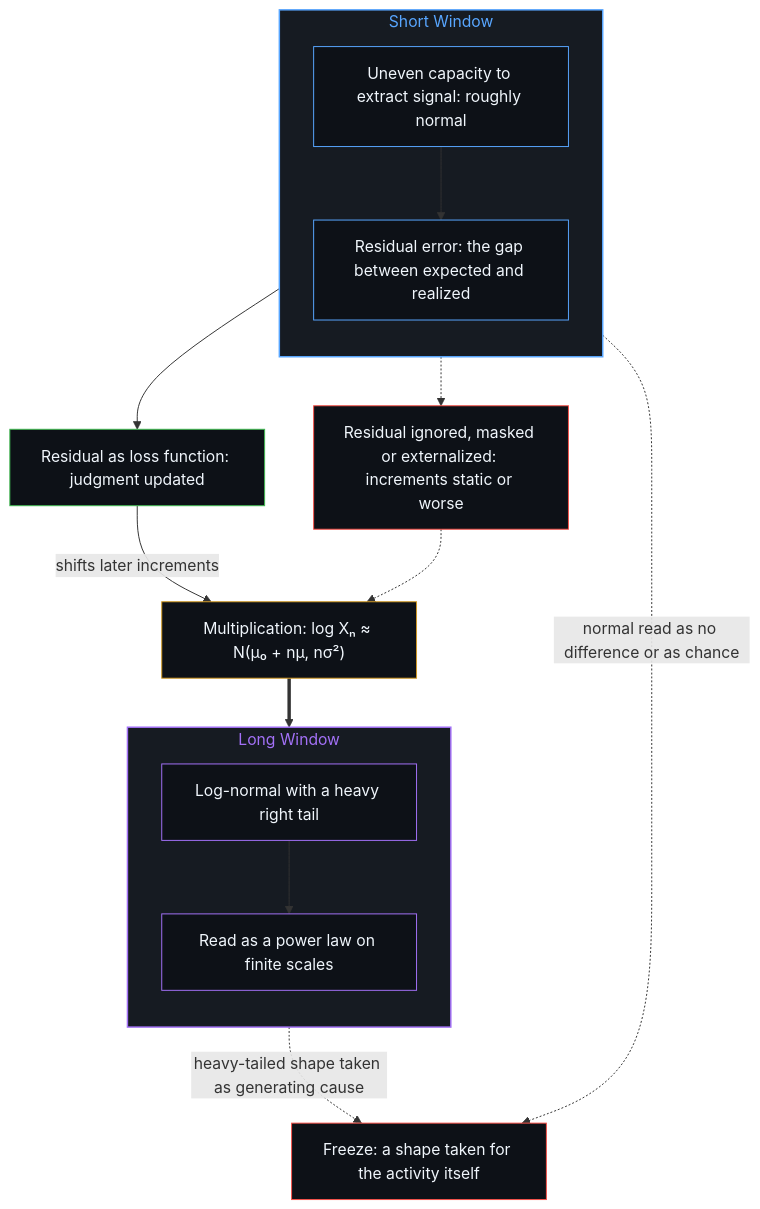
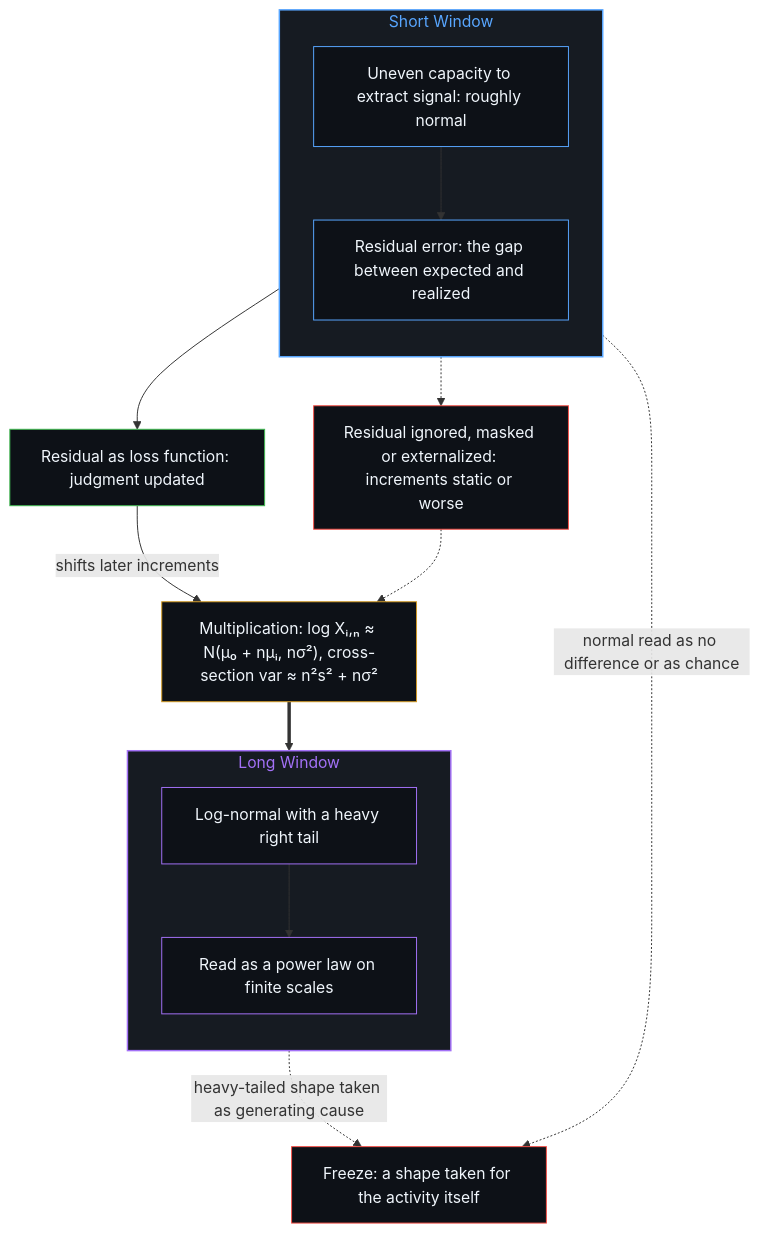
One commit to powerpig99/not-a-toe changed the second of 2 diagrams in content/posts/power-law-is-the-long-term-consequence-of-normal-distribution.md. Above: the diagram before and after it, drawn with Mermaid. The commit also changed other lines of this file and 5 other files, not shown here.

Commit message:
Consolidate Deep Sleep Batch 17: the-myth-of-population-collapse-explained, the-average-is-residue-not-the-engine, mi-lv-shi-jie-guo-de-biao-xiang, power-law-is-the-long-term-consequence-of-normal-distribution

````diff
--- a/content/posts/power-law-is-the-long-term-consequence-of-normal-distribution.md
+++ b/content/posts/power-law-is-the-long-term-consequence-of-normal-distribution.md
@@ -93,35 +93,35 @@
 ```mermaid
 flowchart TD
     subgraph S_Short["Short Window"]
         direction TB
         N1["Uneven capacity to extract signal: roughly normal"]
         N2["Residual error: the gap between expected and realized"]
     end
     U["Residual as loss function: judgment updated"]
     E["Residual ignored, masked or externalized: increments static or worse"]
-    M["Multiplication: log Xₙ ≈ N(μ₀ + nμ, nσ²)"]
+    M["Multiplication: log Xᵢ,ₙ ≈ N(μ₀ + nμᵢ, nσ²), cross-section var ≈ n²s² + nσ²"]
     subgraph S_Long["Long Window"]
         direction TB
         L1["Log-normal with a heavy right tail"]
         L2["Read as a power law on finite scales"]
     end
     F["Freeze: a shape taken for the activity itself"]
     N1 --> N2
     N2 --> U
     N2 -.-> E
     U -->|"shifts later increments"| M
     E -.-> M
     M ==> L1 --> L2
     N1 -.->|"normal read as no difference or as chance"| F
     L2 -.->|"heavy-tailed shape taken as generating cause"| F
     style S_Short fill:#161b22,stroke:#58a6ff,stroke-width:1.5px,color:#58a6ff
     style S_Long fill:#161b22,stroke:#a371f7,stroke-width:1.5px,color:#a371f7
     style N1 fill:#0d1117,stroke:#58a6ff,stroke-width:1px,color:#f0f6fc
     style N2 fill:#0d1117,stroke:#58a6ff,stroke-width:1px,color:#f0f6fc
     style U fill:#0d1117,stroke:#3fb950,stroke-width:1px,color:#f0f6fc
     style E fill:#0d1117,stroke:#f85149,stroke-width:1px,color:#f0f6fc
     style M fill:#0d1117,stroke:#d29922,stroke-width:1px,color:#f0f6fc
     style L1 fill:#0d1117,stroke:#a371f7,stroke-width:1px,color:#f0f6fc
     style L2 fill:#0d1117,stroke:#a371f7,stroke-width:1px,color:#f0f6fc
     style F fill:#0d1117,stroke:#f85149,stroke-width:1px,color:#f0f6fc
 ```
````
